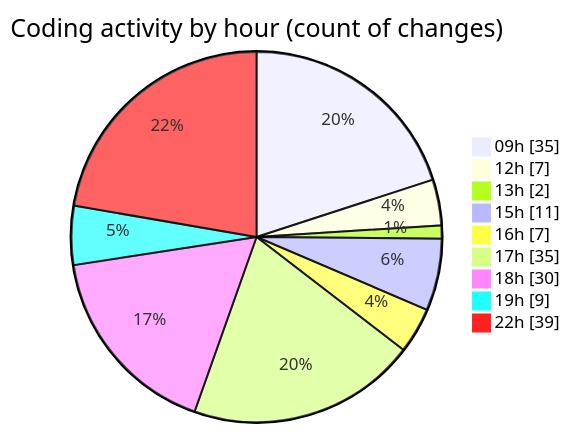
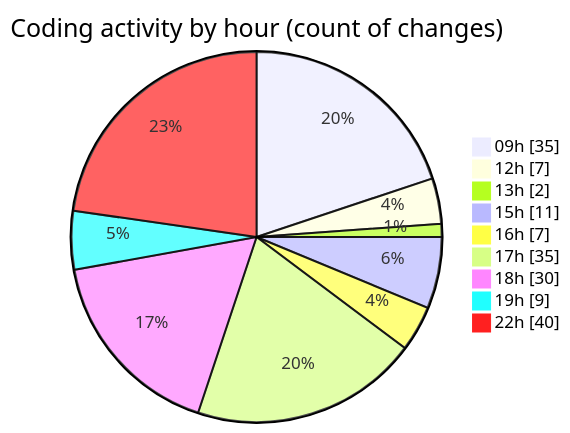
One commit to momahboobian/code-tracking changed the second of 2 diagrams in 2026-06-11/cda/README.md. Above: the diagram before and after it, drawn with Mermaid. The commit also changed other lines of this file and 1 other file, not shown here.

````diff
--- a/2026-06-11/cda/README.md
+++ b/2026-06-11/cda/README.md
@@ -71,13 +71,13 @@
 ```mermaid
 pie showData
 title Coding activity by hour (count of changes)
 "09h" : 35
 "12h" : 7
 "13h" : 2
 "15h" : 11
 "16h" : 7
 "17h" : 35
 "18h" : 30
 "19h" : 9
-"22h" : 39
+"22h" : 40
 ```
````
